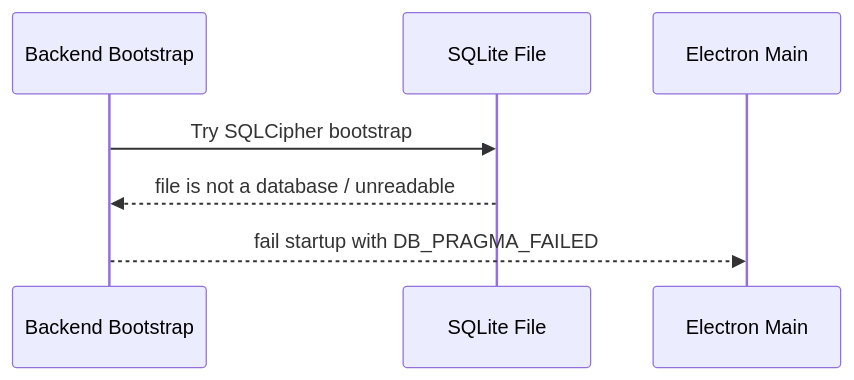
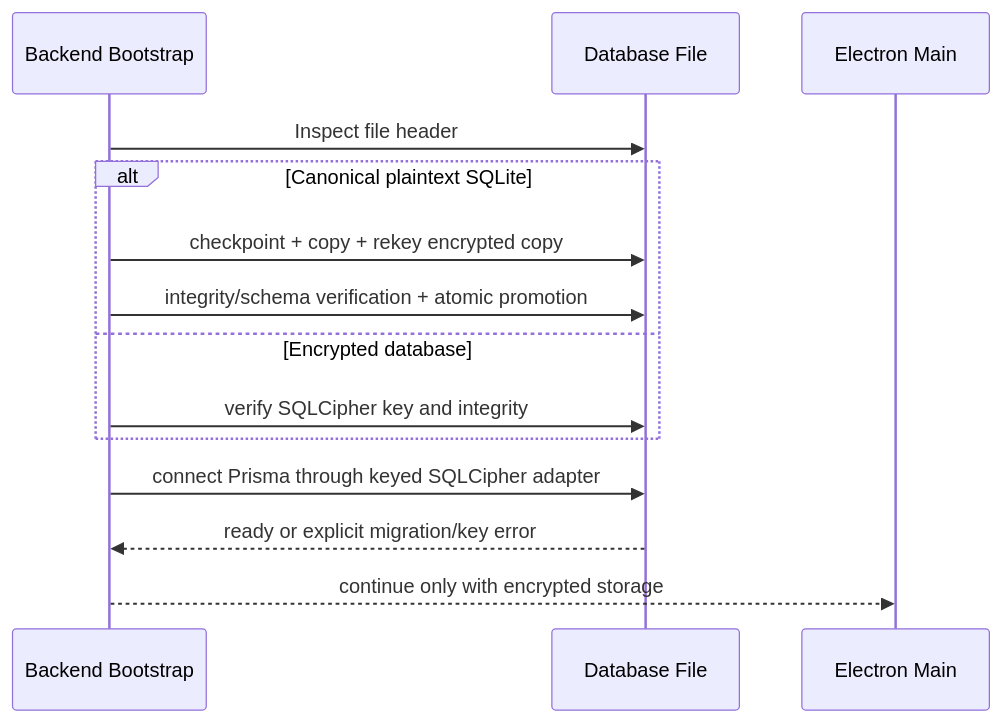
Before and after one commit to XYZ1024-alt/Cosmosh: the ninth of 10 diagrams in docs/developer/core/architecture.md, drawn with Mermaid. The commit also changed other lines of this file and 12 other files, not shown here.

First line of the commit message:
fix(backend): enforce SQLCipher for Prisma storage

````diff
--- a/docs/developer/core/architecture.md
+++ b/docs/developer/core/architecture.md
@@ -339,10 +341,17 @@
 ```mermaid
 sequenceDiagram
   participant BE as Backend Bootstrap
-  participant DB as SQLite File
+  participant DB as Database File
   participant MAIN as Electron Main
 
-  BE->>DB: Try SQLCipher bootstrap
-  DB-->>BE: file is not a database / unreadable
-  BE-->>MAIN: fail startup with DB_PRAGMA_FAILED
+  BE->>DB: Inspect file header
+  alt Canonical plaintext SQLite
+    BE->>DB: checkpoint + copy + rekey encrypted copy
+    BE->>DB: integrity/schema verification + atomic promotion
+  else Encrypted database
+    BE->>DB: verify SQLCipher key and integrity
+  end
+  BE->>DB: connect Prisma through keyed SQLCipher adapter
+  DB-->>BE: ready or explicit migration/key error
+  BE-->>MAIN: continue only with encrypted storage
 ```
````
